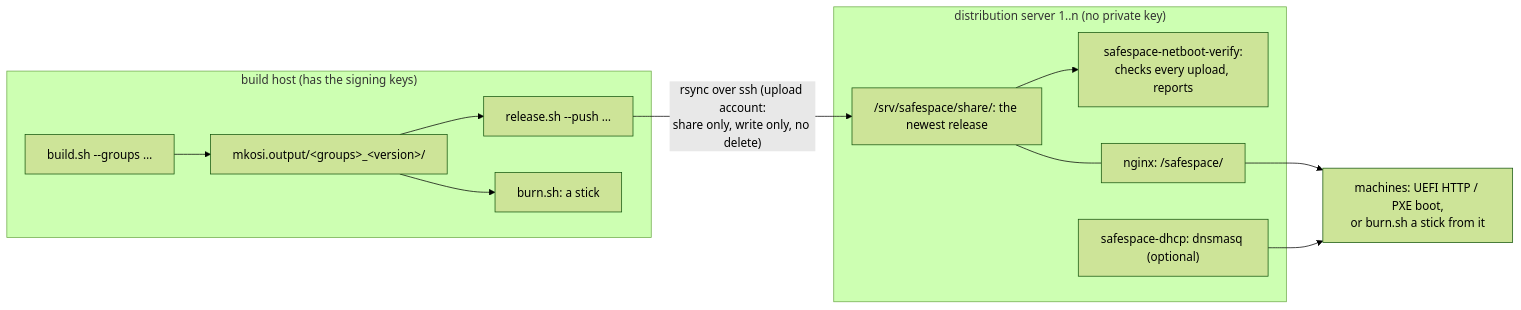
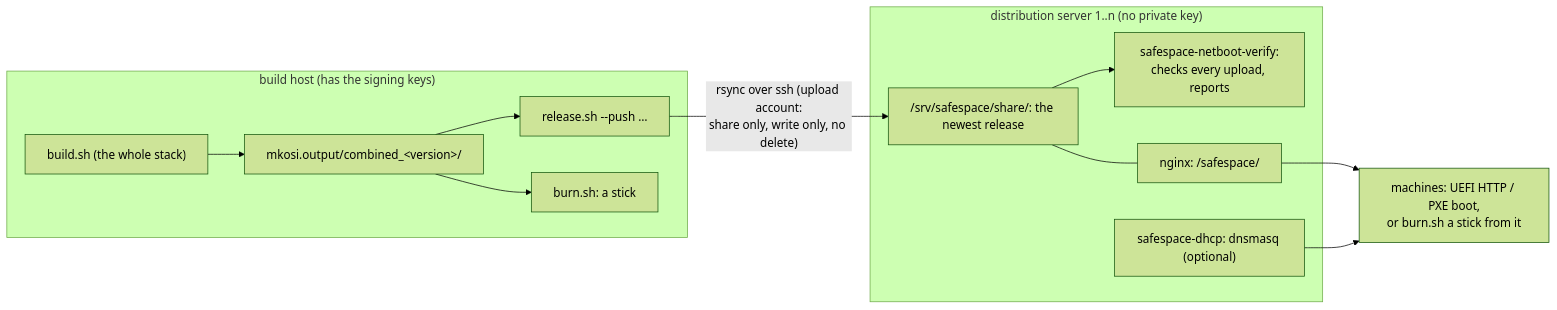
One commit to tpm2-trust/safearch changed the diagram in README.md. Above: the diagram before and after it, drawn with Mermaid (forest theme). The commit also changed other lines of this file and 10 other files, not shown here.

First line of the commit message:
The whole stack is the default build

````diff
--- a/README.md
+++ b/README.md
@@ -42,19 +42,19 @@
 ```mermaid
 flowchart LR
   subgraph B["build host (has the signing keys)"]
-    BS["build.sh --groups …"] --> O["mkosi.output/&lt;groups&gt;_&lt;version&gt;/"]
+    BS["build.sh (the whole stack)"] --> O["mkosi.output/combined_&lt;version&gt;/"]
     O --> R["release.sh --push …"]
     O --> K["burn.sh: a stick"]
   end
   R -- "rsync over ssh (upload account:<br/>share only, write only, no delete)" --> SH
   subgraph S["distribution server 1..n (no private key)"]
     SH["/srv/safespace/share/: the newest release"]
     V["safespace-netboot-verify:<br/>checks every upload, reports"]
     N["nginx: /safespace/"]
     D["safespace-dhcp: dnsmasq (optional)"]
   end
   SH --> V
   SH --- N
   N --> M["machines: UEFI HTTP / PXE boot,<br/>or burn.sh a stick from it"]
   D --> M
 ```
````
